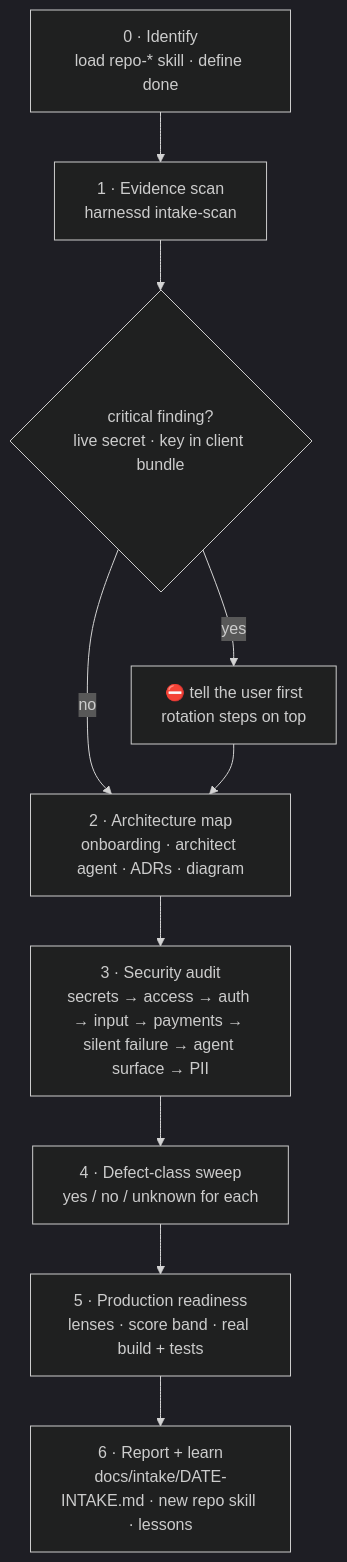
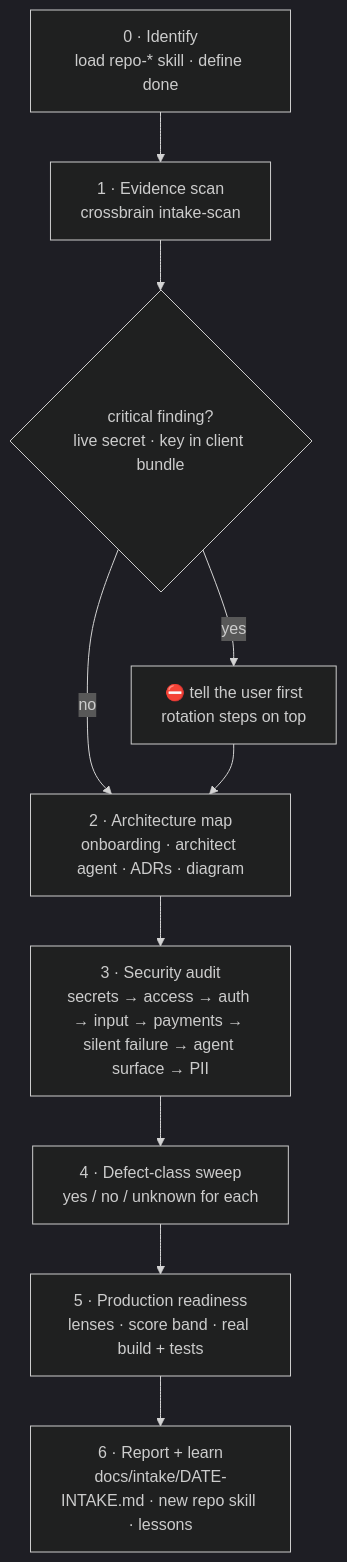
One commit to imodoiepale/crossbrain changed the fifth of 7 diagrams in README.md. Above: the diagram before and after it, drawn with Mermaid (dark theme). The commit also changed other lines of this file and 43 other files, not shown here.

First line of the commit message:
refactor: rename harnessd to crossbrain

````diff
--- a/README.md
+++ b/README.md
@@ -275,12 +275,12 @@
 ```mermaid
 flowchart TD
-  P0["0 · Identify<br/>load repo-* skill · define done"] --> P1["1 · Evidence scan<br/>harnessd intake-scan"]
+  P0["0 · Identify<br/>load repo-* skill · define done"] --> P1["1 · Evidence scan<br/>crossbrain intake-scan"]
   P1 --> STOP{"critical finding?<br/>live secret · key in client bundle"}
   STOP -- yes --> U["⛔ tell the user first<br/>rotation steps on top"]
   STOP -- no --> P2
   U --> P2["2 · Architecture map<br/>onboarding · architect agent · ADRs · diagram"]
   P2 --> P3["3 · Security audit<br/>secrets → access → auth → input → payments → silent failure → agent surface → PII"]
   P3 --> P4["4 · Defect-class sweep<br/>yes / no / unknown for each"]
   P4 --> P5["5 · Production readiness<br/>lenses · score band · real build + tests"]
   P5 --> P6["6 · Report + learn<br/>docs/intake/DATE-INTAKE.md · new repo skill · lessons"]
 ```
````
